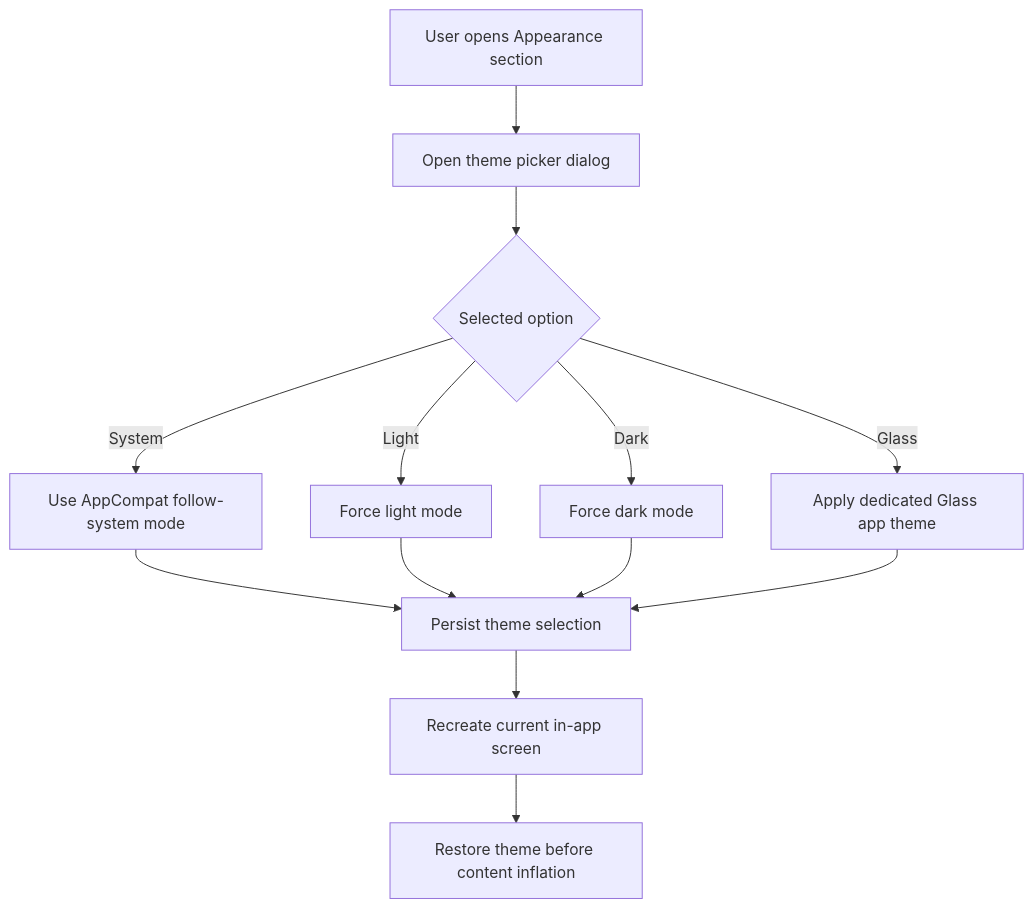
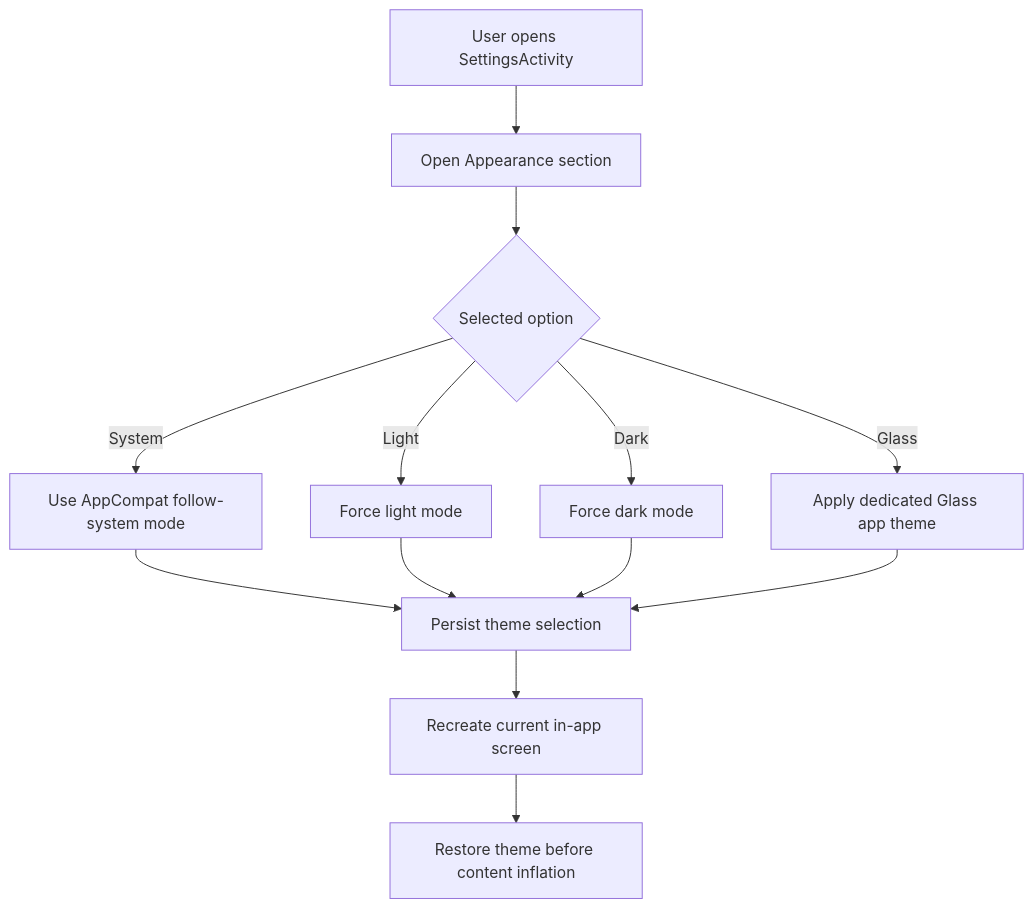
The diagram in docs/detail-design/theme-system.md (2zcory/kanji-widget), drawn with Mermaid before and after one commit. The commit also changed other lines of this file and 93 other files, not shown here.

````diff
--- a/docs/detail-design/theme-system.md
+++ b/docs/detail-design/theme-system.md
@@ -124,15 +126,15 @@
 ```mermaid
 flowchart TD
-    A[User opens Appearance section] --> B[Open theme picker dialog]
+    A[User opens SettingsActivity] --> B[Open Appearance section]
     B --> C{Selected option}
     C -- System --> D[Use AppCompat follow-system mode]
     C -- Light --> E[Force light mode]
     C -- Dark --> F[Force dark mode]
     C -- Glass --> G[Apply dedicated Glass app theme]
     D --> H[Persist theme selection]
     E --> H
     F --> H
     G --> H
     H --> I[Recreate current in-app screen]
     I --> J[Restore theme before content inflation]
 ```
````
